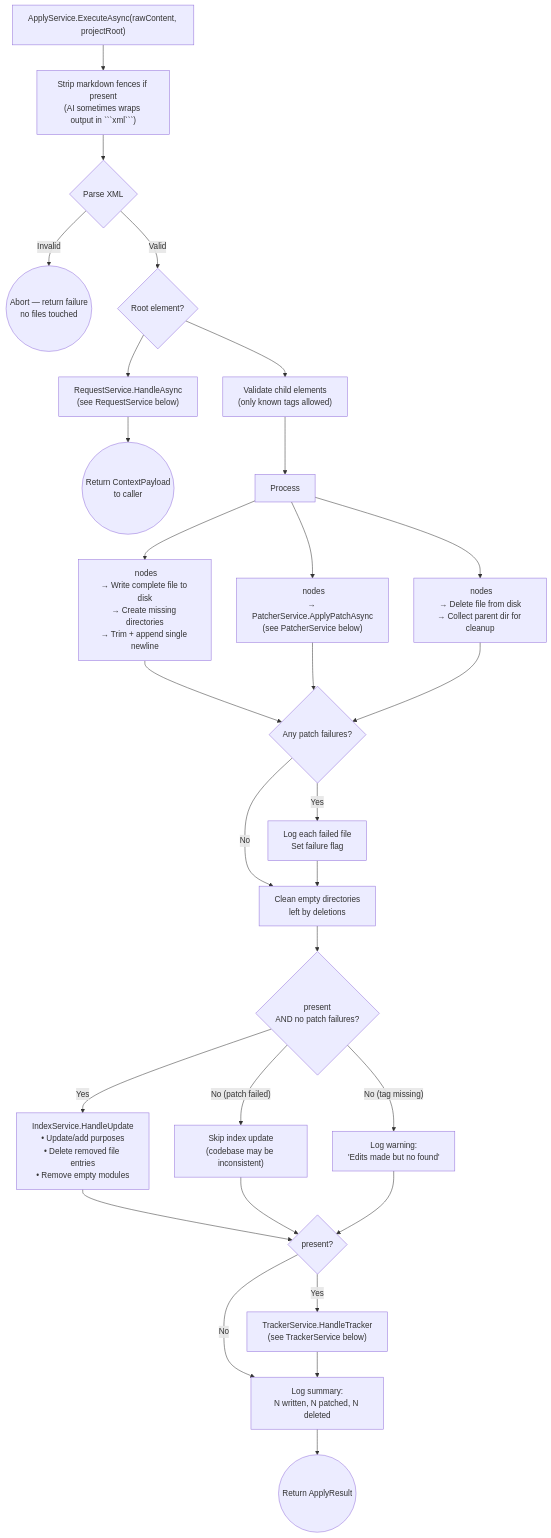
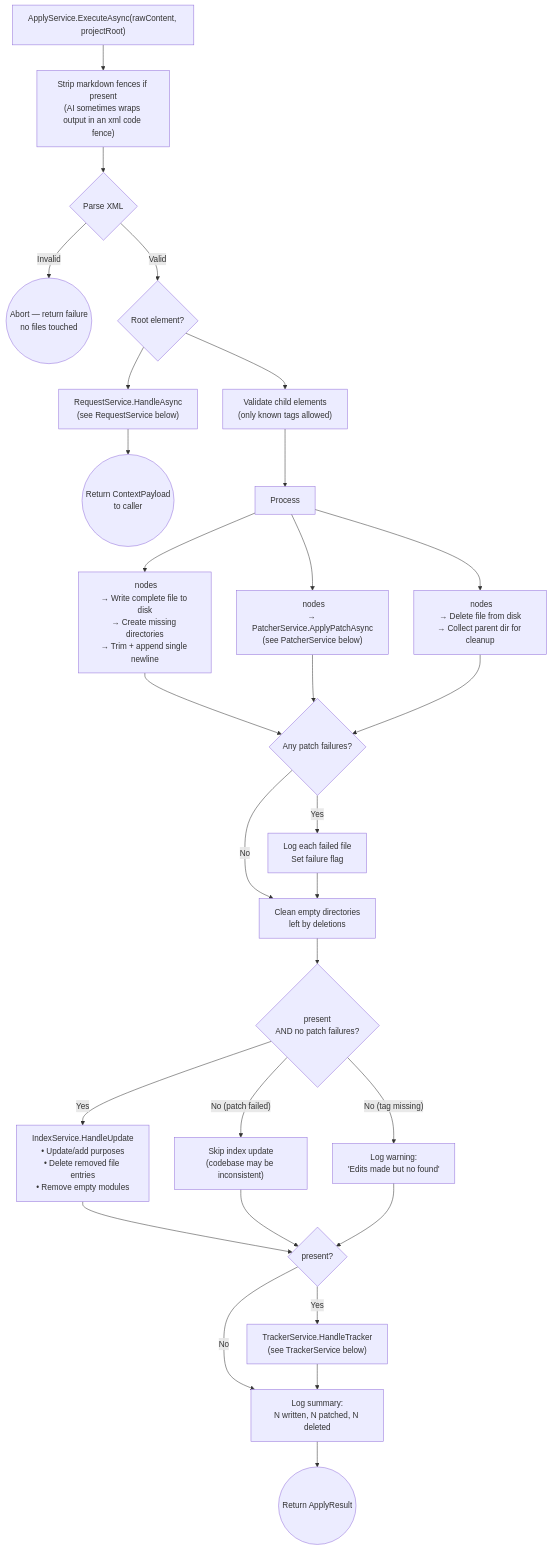
Before and after one commit to arpanvgm/ai-bridge: the fifth of 8 diagrams in workflows/CORE.md, drawn with Mermaid. The commit also changed other lines of this file and 14 other files, not shown here.

````diff
--- a/workflows/CORE.md
+++ b/workflows/CORE.md
@@ -109,43 +137,43 @@
 ~~~mermaid
 flowchart TD
     Start["ApplyService.ExecuteAsync(rawContent, projectRoot)"]
-    Start --> Strip["Strip markdown fences if present\n(AI sometimes wraps output in ```xml```)"]
+    Start --> Strip["Strip markdown fences if present\n(AI sometimes wraps output in an xml code fence)"]
     Strip --> Parse{"Parse XML"}
     Parse -- "Invalid" --> Abort(("Abort — return failure\nno files touched"))
     Parse -- "Valid" --> Root{"Root element?"}
 
     Root -- "<ai-request>" --> RequestBranch["RequestService.HandleAsync\n(see RequestService below)"]
     RequestBranch --> ReturnContext(("Return ContextPayload\nto caller"))
 
     Root -- "<ai-response>" --> Validate["Validate child elements\n(only known tags allowed)"]
     Validate --> Edits["Process <ai-edits>"]
 
     Edits --> FileNodes["<file> nodes\n→ Write complete file to disk\n→ Create missing directories\n→ Trim + append single newline"]
     Edits --> PatchNodes["<patch> nodes\n→ PatcherService.ApplyPatchAsync\n(see PatcherService below)"]
     Edits --> DeleteNodes["<delete> nodes\n→ Delete file from disk\n→ Collect parent dir for cleanup"]
 
     FileNodes --> PatchCheck
     PatchNodes --> PatchCheck
     DeleteNodes --> PatchCheck
 
     PatchCheck{"Any patch failures?"}
     PatchCheck -- "Yes" --> LogFail["Log each failed file\nSet failure flag"]
     PatchCheck -- "No" --> CleanDirs["Clean empty directories\nleft by deletions"]
 
     LogFail --> CleanDirs
     CleanDirs --> IndexCheck{"<update-index> present\nAND no patch failures?"}
     IndexCheck -- "Yes" --> UpdateIndex["IndexService.HandleUpdate\n• Update/add purposes\n• Delete removed file entries\n• Remove empty modules"]
     IndexCheck -- "No (patch failed)" --> SkipIndex["Skip index update\n(codebase may be inconsistent)"]
     IndexCheck -- "No (tag missing)" --> WarnIndex["Log warning:\n'Edits made but no <update-index> found'"]
 
     UpdateIndex --> TrackerCheck
     SkipIndex --> TrackerCheck
     WarnIndex --> TrackerCheck
 
     TrackerCheck{"<tracker> present?"}
     TrackerCheck -- "Yes" --> Tracker["TrackerService.HandleTracker\n(see TrackerService below)"]
     TrackerCheck -- "No" --> Summary
 
     Tracker --> Summary["Log summary:\nN written, N patched, N deleted"]
     Summary --> Done(("Return ApplyResult"))
 ~~~
````
